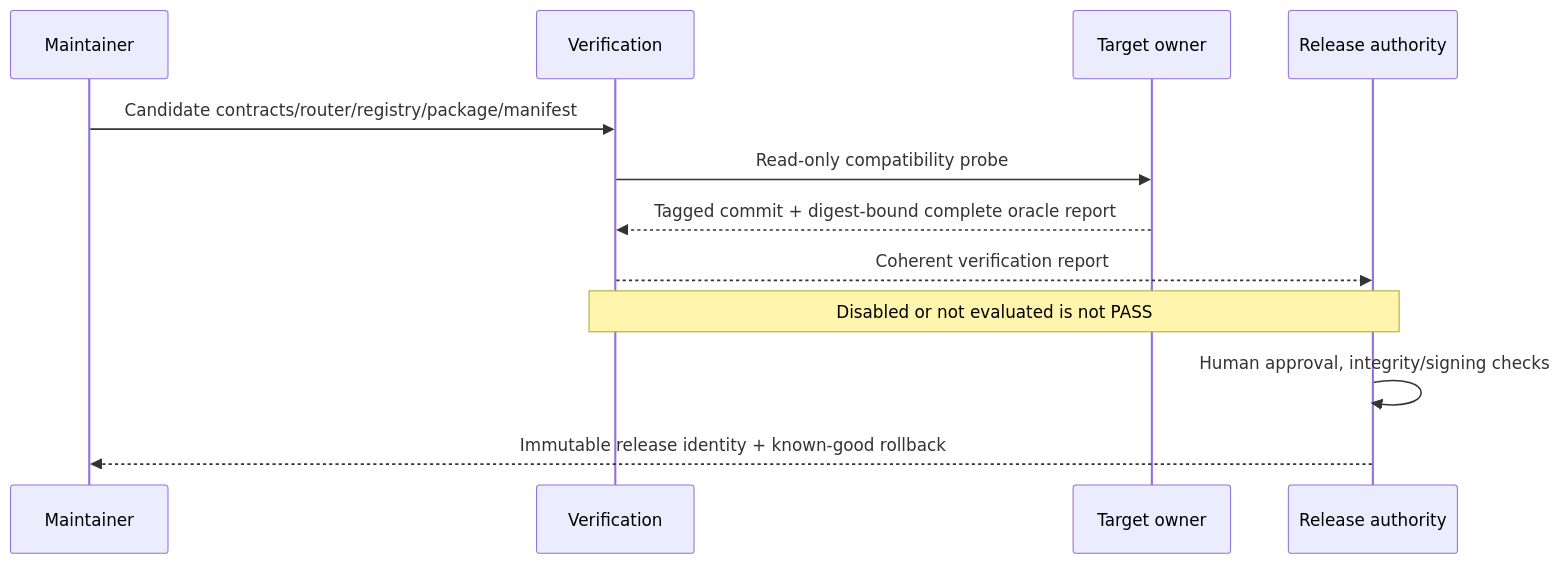
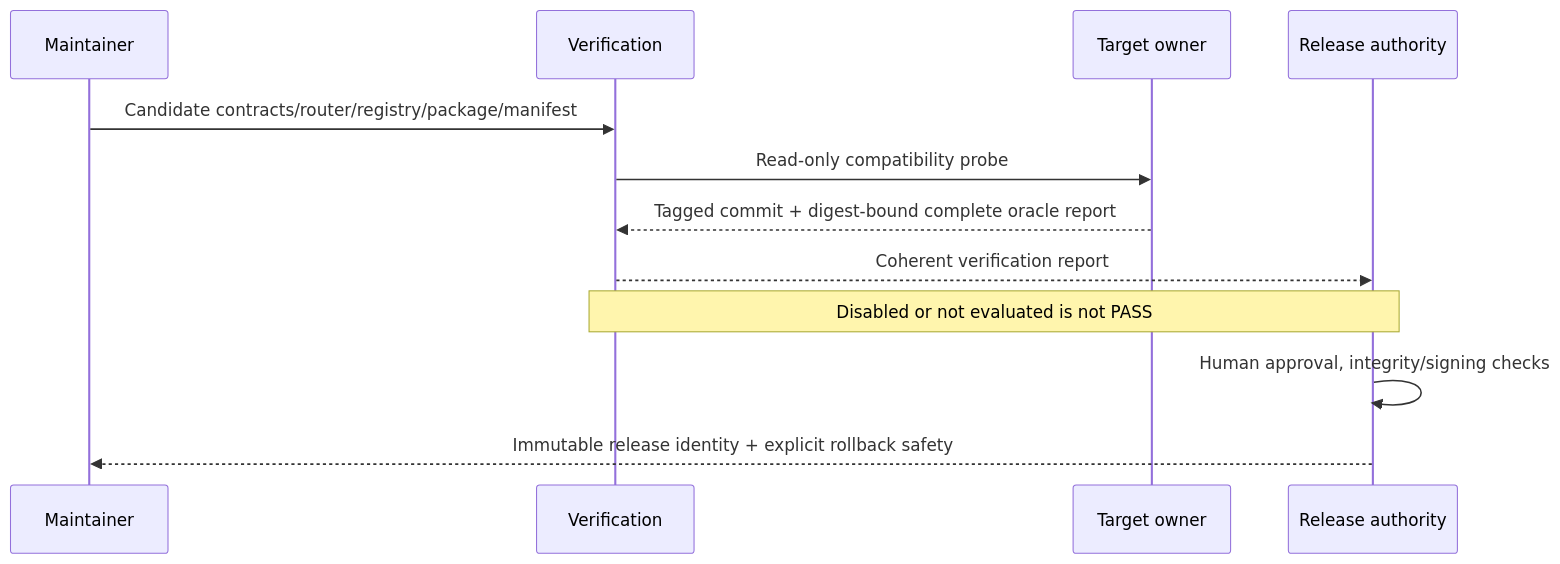
Before and after one commit to Young-Consultations/.github: the sixth of 6 diagrams in docs/architecture/SequenceDiagrams.md, drawn with Mermaid. The commit also changed 18 other files, not shown here.

First line of the commit message:
Represent unavailable rollback explicitly in staged v5 release (#124)

````diff
--- a/docs/architecture/SequenceDiagrams.md
+++ b/docs/architecture/SequenceDiagrams.md
@@ -96,14 +96,14 @@
 ```mermaid
 sequenceDiagram
   participant M as Maintainer
   participant V as Verification
   participant T as Target owner
   participant R as Release authority
   M->>V: Candidate contracts/router/registry/package/manifest
   V->>T: Read-only compatibility probe
   T-->>V: Tagged commit + digest-bound complete oracle report
   V-->>R: Coherent verification report
   Note over V,R: Disabled or not evaluated is not PASS
   R->>R: Human approval, integrity/signing checks
-  R-->>M: Immutable release identity + known-good rollback
+  R-->>M: Immutable release identity + explicit rollback safety
 ```
````
